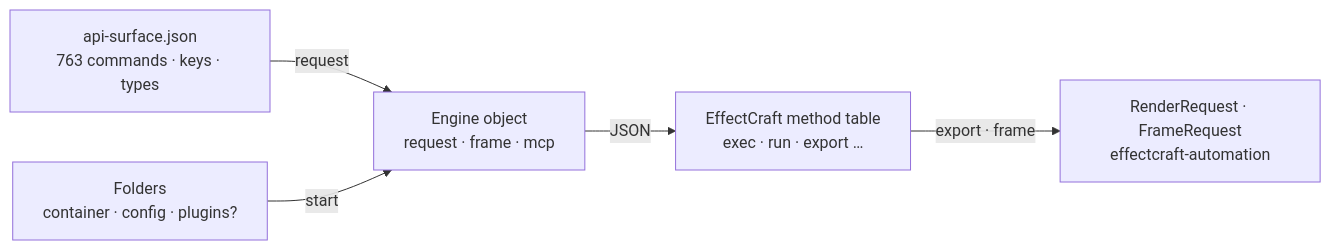
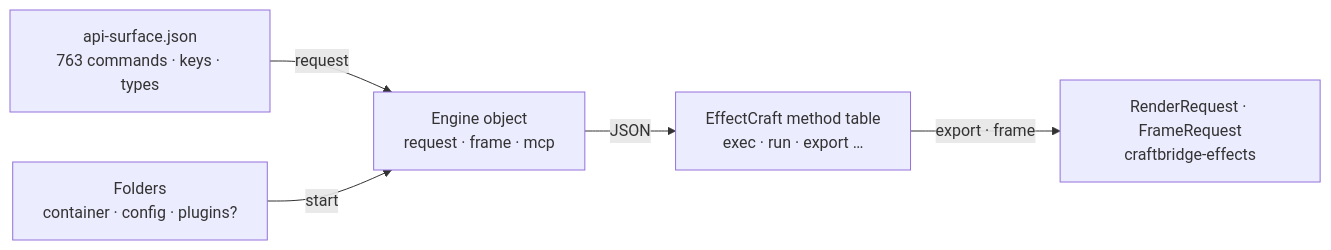
Before and after one commit to ChristopherLinnett/craftbridge: the fourth of 6 diagrams in plan/EFFECTCRAFT-PLUGIN-PORT-SCOPING.md, drawn with Mermaid. The commit also changed other lines of this file and 2271 other files, not shown here.

````diff
--- a/plan/EFFECTCRAFT-PLUGIN-PORT-SCOPING.md
+++ b/plan/EFFECTCRAFT-PLUGIN-PORT-SCOPING.md
@@ -440,8 +440,8 @@
 ```mermaid
 %% @drawio d04-data-model | One Engine object carries JSON requests; the typed layer is generated from the engine itself.
 flowchart LR
   surface["api-surface.json<br/>763 commands · keys · types"] -->|request| engine["Engine object<br/>request · frame · mcp"]
   folders["Folders<br/>container · config · plugins?"] -->|start| engine
   engine -->|JSON| table["EffectCraft method table<br/>exec · run · export …"]
-  table -->|export · frame| requests["RenderRequest · FrameRequest<br/>effectcraft-automation"]
+  table -->|export · frame| requests["RenderRequest · FrameRequest<br/>craftbridge-effects"]
 ```
````
